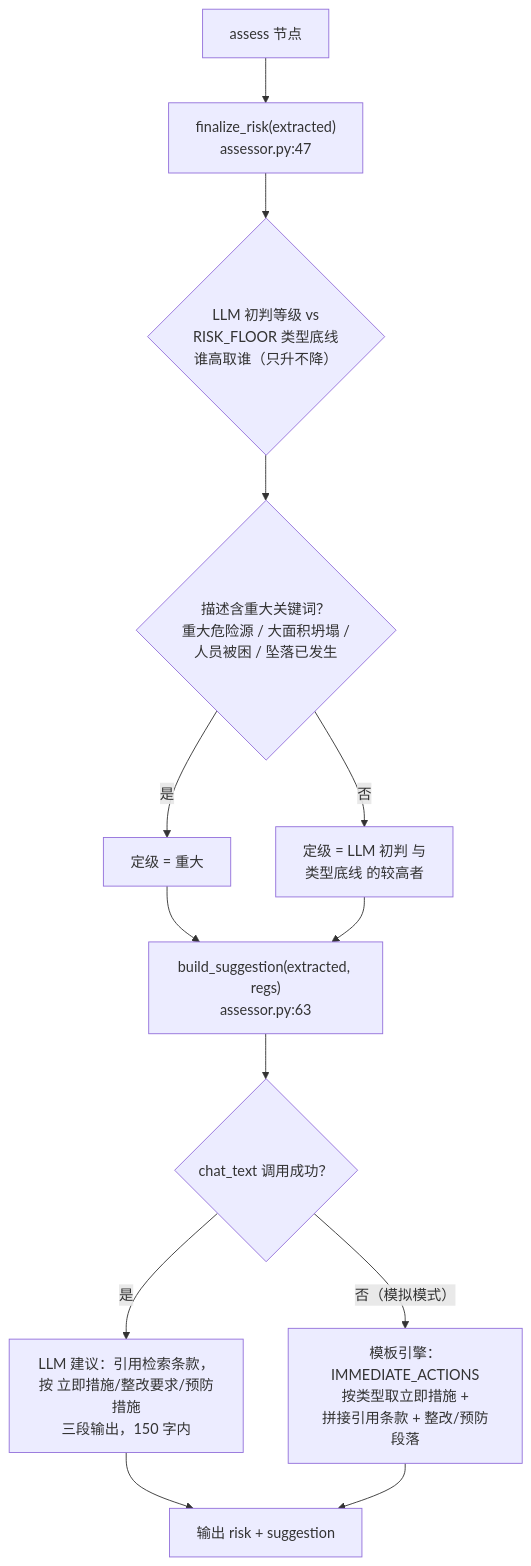
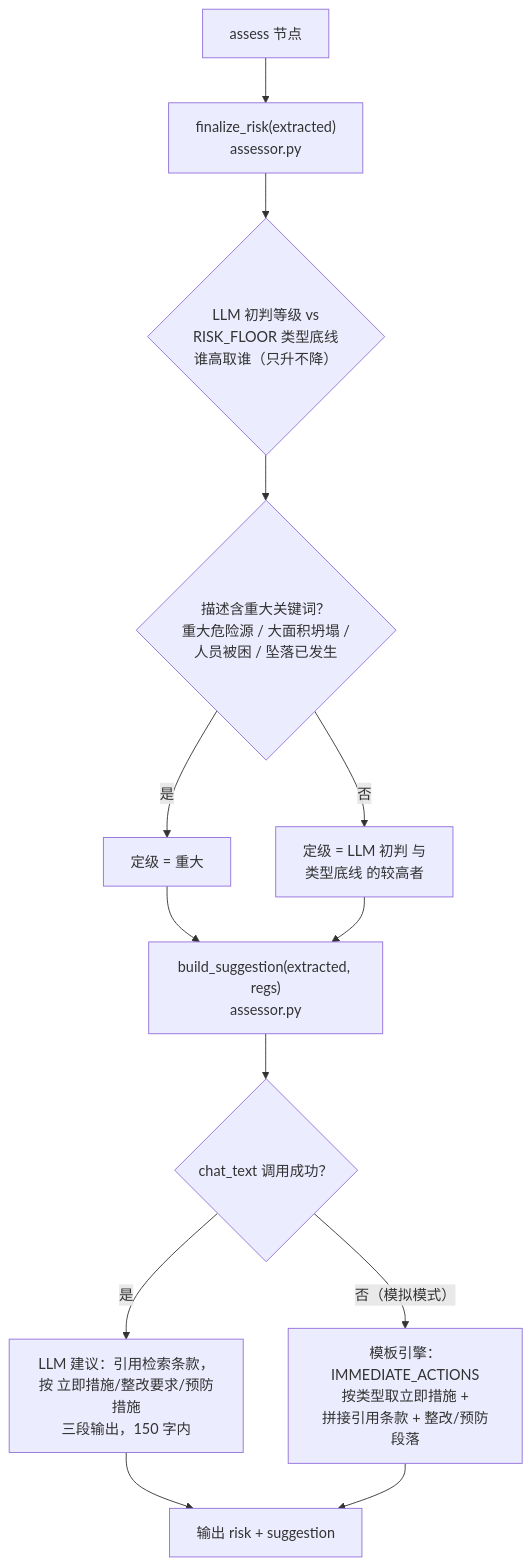
The fifth of 8 diagrams in docs/隐患上报Agent主链路说明.md (pandaadsas/zhuan-cloud), drawn with Mermaid before and after one commit. The commit also changed other lines of this file and 5 other files, not shown here.

````diff
--- a/docs/隐患上报Agent主链路说明.md
+++ b/docs/隐患上报Agent主链路说明.md
@@ -116,15 +116,15 @@
 ```mermaid
 flowchart TD
-    A["assess 节点"] --> B["finalize_risk(extracted)<br/>assessor.py:47"]
+    A["assess 节点"] --> B["finalize_risk(extracted)<br/>assessor.py"]
     B --> C{"LLM 初判等级 vs<br/>RISK_FLOOR 类型底线<br/>谁高取谁（只升不降）"}
     C --> D{"描述含重大关键词？<br/>重大危险源 / 大面积坍塌 /<br/>人员被困 / 坠落已发生"}
     D -- 是 --> E["定级 = 重大"]
     D -- 否 --> F["定级 = LLM 初判 与<br/>类型底线 的较高者"]
-    E --> G["build_suggestion(extracted, regs)<br/>assessor.py:63"]
+    E --> G["build_suggestion(extracted, regs)<br/>assessor.py"]
     F --> G
     G --> H{"chat_text 调用成功？"}
     H -- 是 --> I["LLM 建议：引用检索条款，<br/>按 立即措施/整改要求/预防措施<br/>三段输出，150 字内"]
     H -- "否（模拟模式）" --> J["模板引擎：IMMEDIATE_ACTIONS<br/>按类型取立即措施 +<br/>拼接引用条款 + 整改/预防段落"]
     I --> K["输出 risk + suggestion"]
     J --> K
 ```
````
